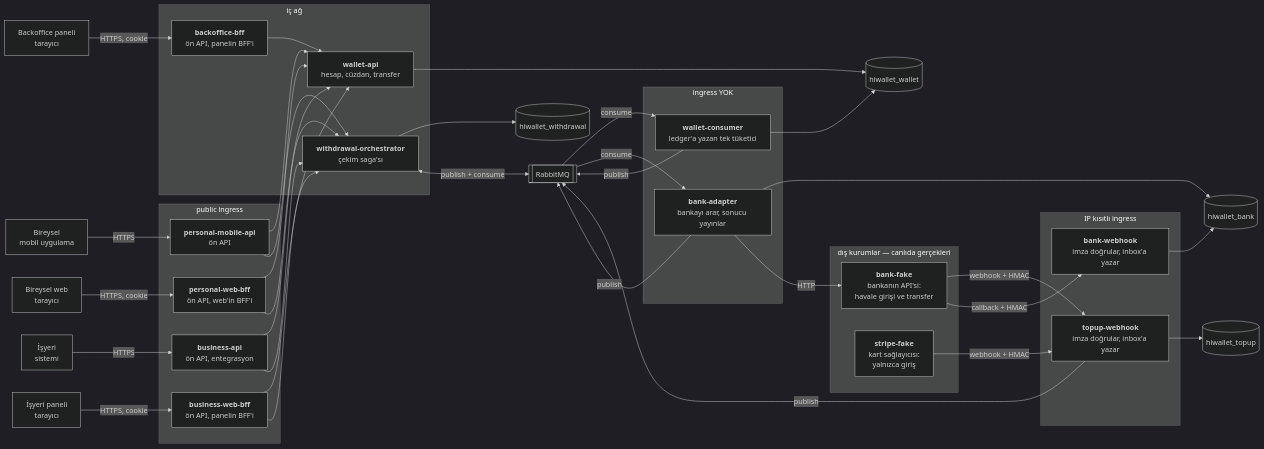
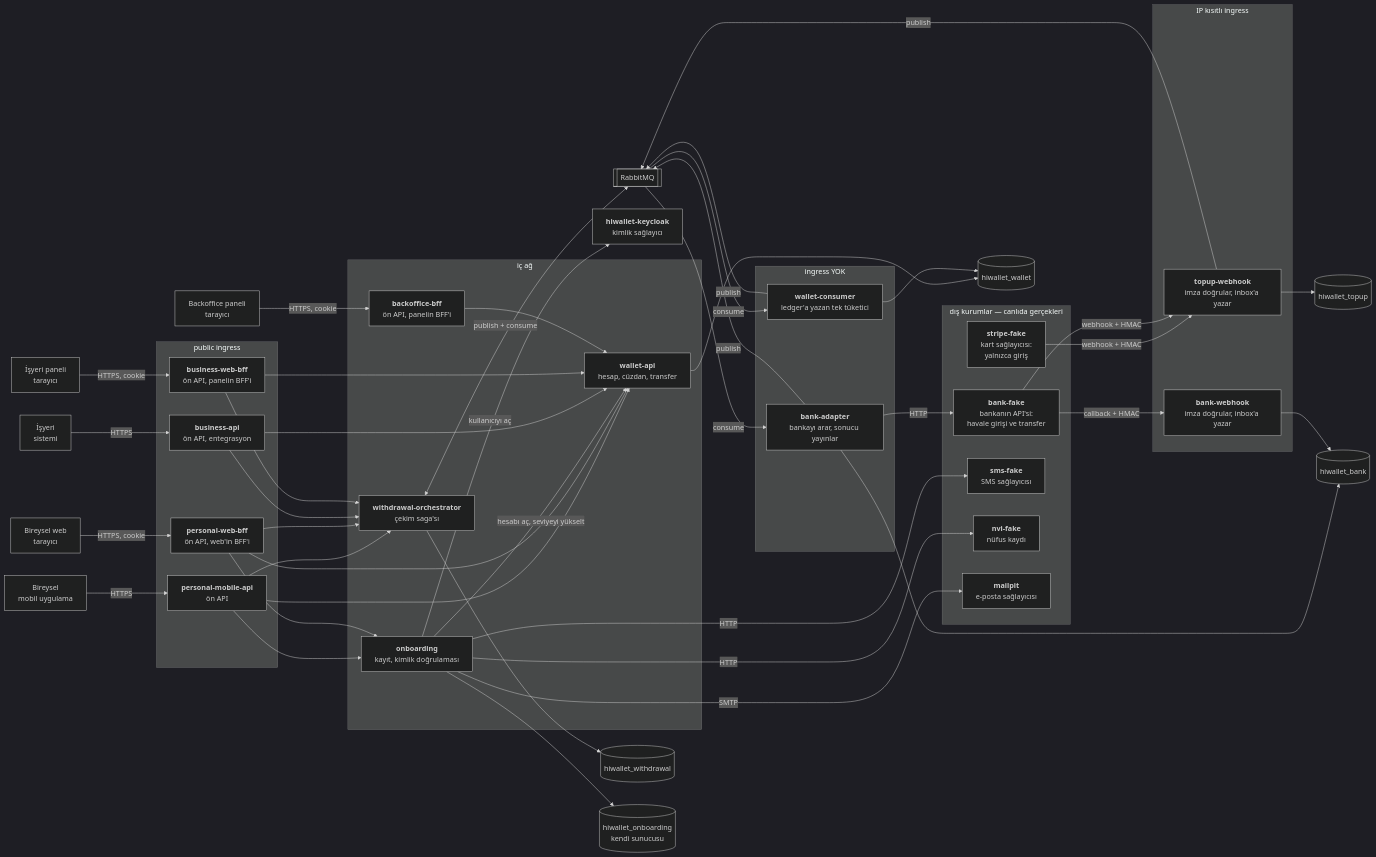
Before and after one commit to firate/HiWallet: the first of 4 diagrams in docs/architecture.md, drawn with Mermaid (dark theme). The commit also changed other lines of this file and 5 other files, not shown here.

Commit message:
docs: kayıt, doğrulama seviyeleri ve onboarding

```diff
--- a/docs/architecture.md
+++ b/docs/architecture.md
@@ -29,6 +29,7 @@
         boapi["<b>backoffice-bff</b><br/>ön API, panelin BFF'i"]
         api["<b>wallet-api</b><br/>hesap, cüzdan, transfer"]
         orch["<b>withdrawal-orchestrator</b><br/>çekim saga'sı"]
+        onb["<b>onboarding</b><br/>kayıt, kimlik doğrulaması"]
     end
 
     subgraph restricted["IP kısıtlı ingress"]
@@ -44,7 +45,12 @@
     subgraph outside["dış kurumlar — canlıda gerçekleri"]
         bank["<b>bank-fake</b><br/>bankanın API'si:<br/>havale girişi ve transfer"]
         stripe["<b>stripe-fake</b><br/>kart sağlayıcısı:<br/>yalnızca giriş"]
+        sms["<b>sms-fake</b><br/>SMS sağlayıcısı"]
+        nvi["<b>nvi-fake</b><br/>nüfus kaydı"]
+        mail["<b>mailpit</b><br/>e-posta sağlayıcısı"]
     end
+
+    idp["<b>hiwallet-keycloak</b><br/>kimlik sağlayıcı"]
 
     mq[["RabbitMQ"]]
 
@@ -52,6 +58,7 @@
     tdb[("hiwallet_topup")]
     odb[("hiwallet_withdrawal")]
     bdb[("hiwallet_bank")]
+    ndb[("hiwallet_onboarding<br/>kendi sunucusu")]
 
     client -->|HTTPS| papi
     wclient -->|"HTTPS, cookie"| pwapi
@@ -62,6 +69,14 @@
     papi --> orch
     pwapi --> api
     pwapi --> orch
+    papi --> onb
+    pwapi --> onb
+    onb -->|"hesabı aç, seviyeyi yükselt"| api
+    onb -->|"kullanıcıyı aç"| idp
+    onb -->|HTTP| sms
+    onb -->|HTTP| nvi
+    onb -->|SMTP| mail
+    onb --> ndb
     bapi --> api
     bapi --> orch
     bwapi --> api
```
